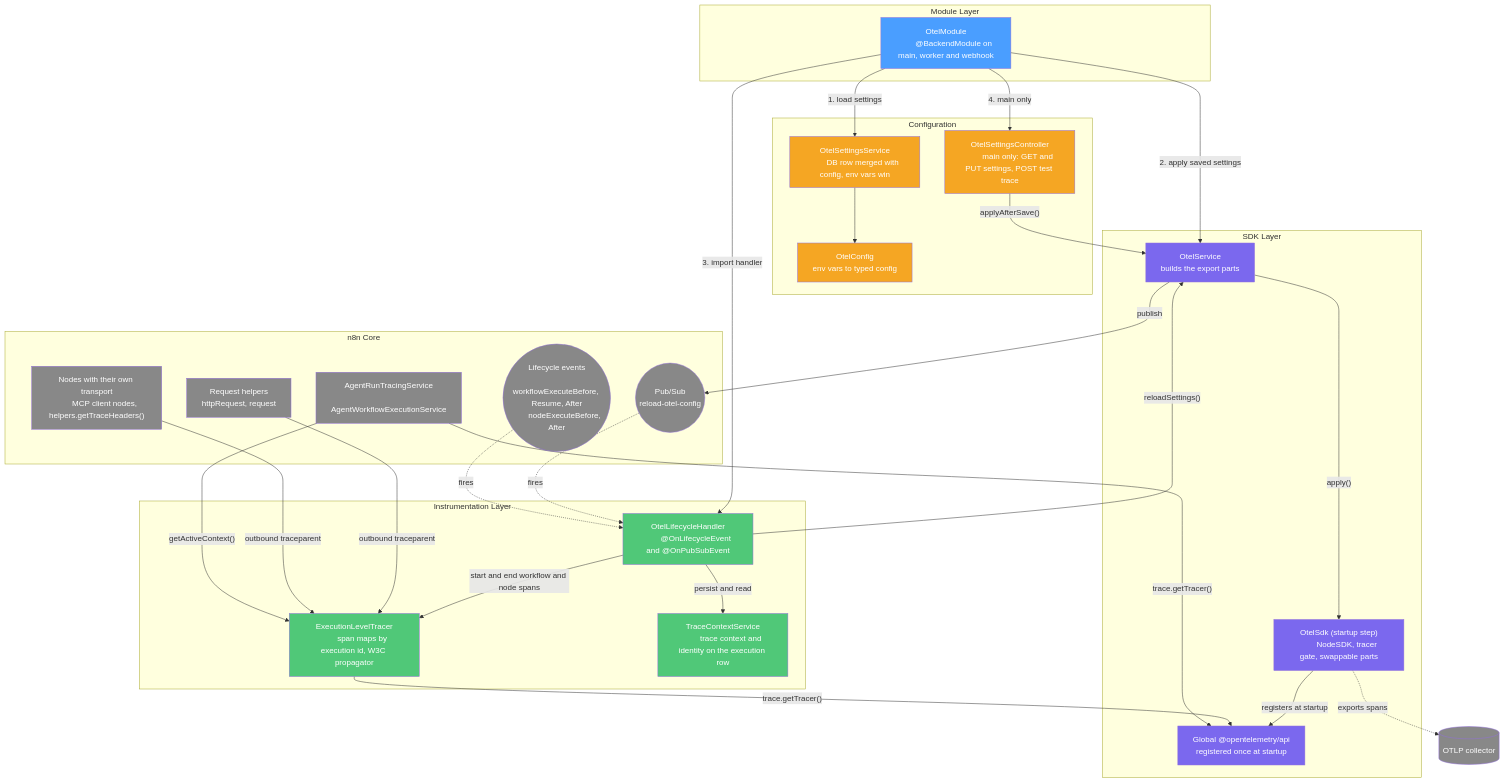
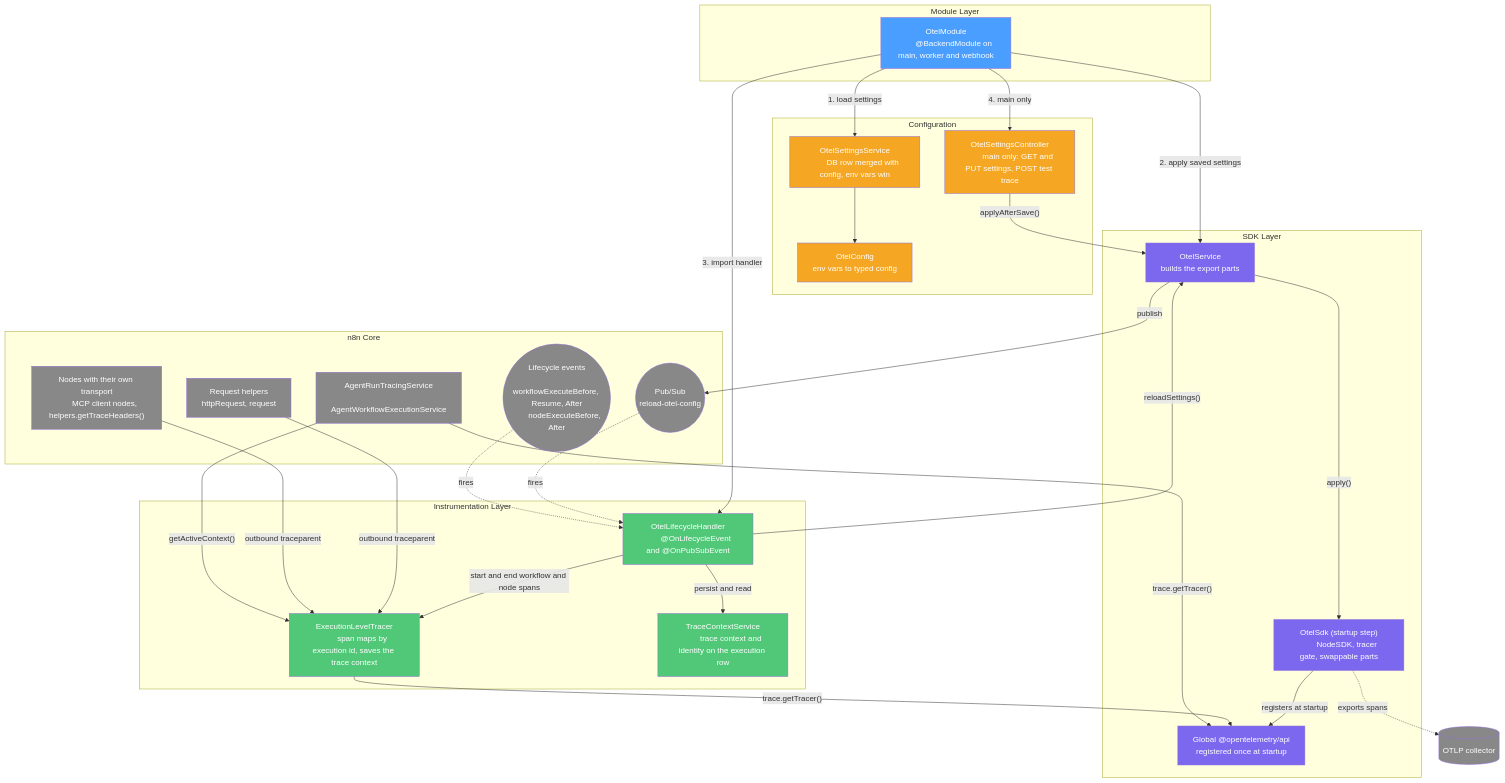
The diagram in mirrors/repos/n8n-io@n8n/packages/cli/src/modules/otel/README.md (gabrielmoreira/agent-skills-mirror), drawn with Mermaid before and after one commit. The commit also changed other lines of this file and 5098 other files, not shown here.

```diff
--- a/mirrors/repos/n8n-io@n8n/packages/cli/src/modules/otel/README.md
+++ b/mirrors/repos/n8n-io@n8n/packages/cli/src/modules/otel/README.md
@@ -160,7 +166,7 @@
         LCH["OtelLifecycleHandler
         @OnLifecycleEvent and @OnPubSubEvent"]
         ELT["ExecutionLevelTracer
-        span maps by execution id, W3C propagator"]
+        span maps by execution id, saves the trace context"]
         TCS["TraceContextService
         trace context and identity on the execution row"]
     end
```
